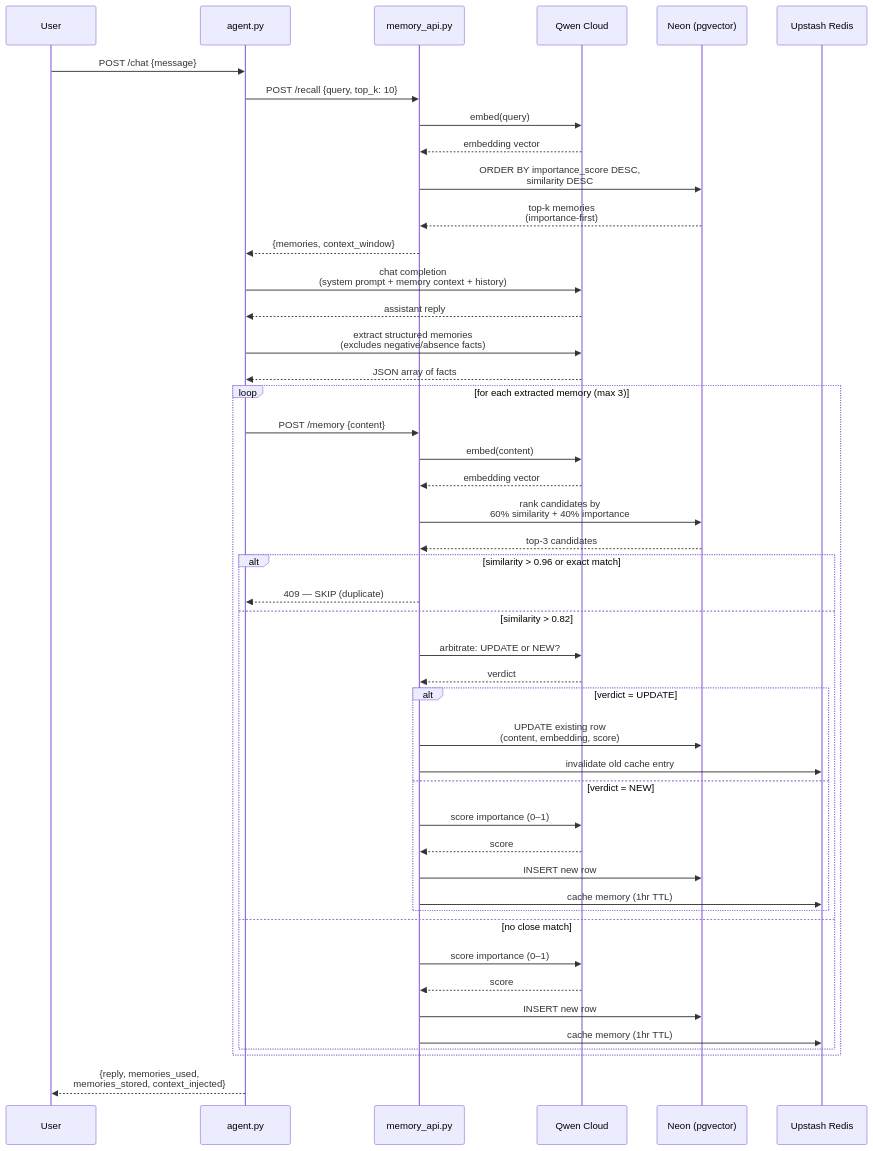
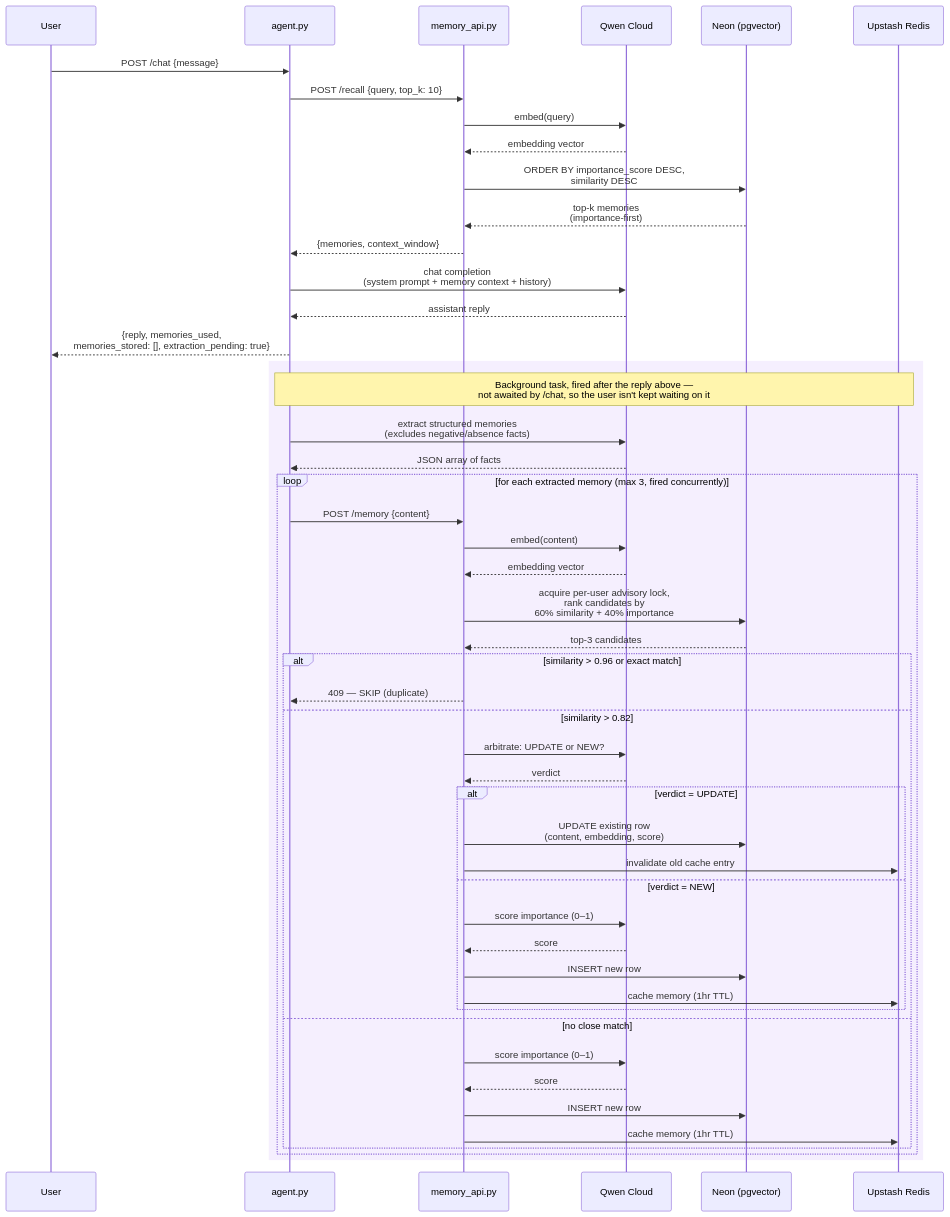
One commit to Hereforlolz/qwen-memory-agent changed the second of 3 diagrams in architecture.md. Above: the diagram before and after it, drawn with Mermaid. The commit also changed other lines of this file and 3 other files, not shown here.

````diff
--- a/architecture.md
+++ b/architecture.md
@@ -56,54 +56,57 @@
 ```mermaid
 sequenceDiagram
     participant U as User
     participant A as agent.py
     participant M as memory_api.py
     participant Q as Qwen Cloud
     participant N as Neon (pgvector)
     participant R as Upstash Redis
 
     U->>A: POST /chat {message}
     A->>M: POST /recall {query, top_k: 10}
     M->>Q: embed(query)
     Q-->>M: embedding vector
     M->>N: ORDER BY importance_score DESC,<br/>similarity DESC
     N-->>M: top-k memories<br/>(importance-first)
     M-->>A: {memories, context_window}
 
     A->>Q: chat completion<br/>(system prompt + memory context + history)
     Q-->>A: assistant reply
 
+    A-->>U: {reply, memories_used,<br/>memories_stored: [], extraction_pending: true}
+
+    rect rgba(124, 58, 237, 0.08)
+    Note over A,R: Background task, fired after the reply above —<br/>not awaited by /chat, so the user isn't kept waiting on it
     A->>Q: extract structured memories<br/>(excludes negative/absence facts)
     Q-->>A: JSON array of facts
 
-    loop for each extracted memory (max 3)
+    loop for each extracted memory (max 3, fired concurrently)
         A->>M: POST /memory {content}
         M->>Q: embed(content)
         Q-->>M: embedding vector
-        M->>N: rank candidates by<br/>60% similarity + 40% importance
+        M->>N: acquire per-user advisory lock,<br/>rank candidates by<br/>60% similarity + 40% importance
         N-->>M: top-3 candidates
 
         alt similarity > 0.96 or exact match
             M-->>A: 409 — SKIP (duplicate)
         else similarity > 0.82
             M->>Q: arbitrate: UPDATE or NEW?
             Q-->>M: verdict
             alt verdict = UPDATE
                 M->>N: UPDATE existing row<br/>(content, embedding, score)
                 M->>R: invalidate old cache entry
             else verdict = NEW
                 M->>Q: score importance (0–1)
                 Q-->>M: score
                 M->>N: INSERT new row
                 M->>R: cache memory (1hr TTL)
             end
         else no close match
             M->>Q: score importance (0–1)
             Q-->>M: score
             M->>N: INSERT new row
             M->>R: cache memory (1hr TTL)
         end
     end
-
-    A-->>U: {reply, memories_used,<br/>memories_stored, context_injected}
+    end
 ```
````
